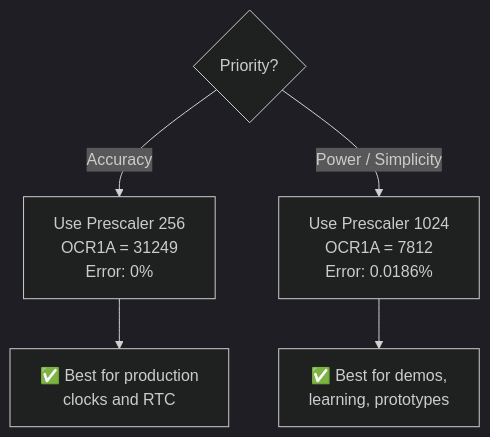
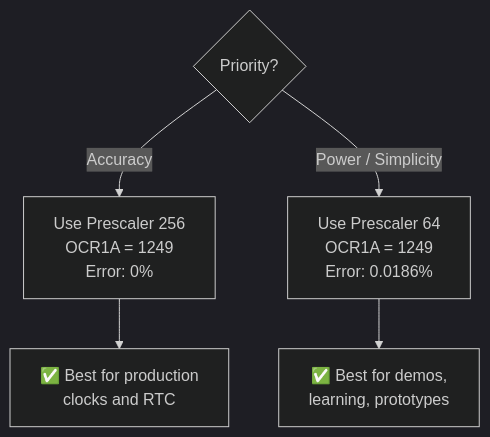
The second of 2 diagrams in documentation/compare_match_calculation.md (chikotaraufu-netizen/ATmega32_Timer_Digital_Clock_Scheduler-), drawn with Mermaid (dark theme) before and after one commit. The commit also changed other lines of this file and 7 other files, not shown here.

````diff
--- a/documentation/compare_match_calculation.md
+++ b/documentation/compare_match_calculation.md
@@ -271,7 +271,7 @@
 ```mermaid
 graph TD
-    A{"Priority?"} -->|Accuracy| B["Use Prescaler 256<br/>OCR1A = 31249<br/>Error: 0%"]
-    A -->|"Power / Simplicity"| C["Use Prescaler 1024<br/>OCR1A = 7812<br/>Error: 0.0186%"]
+    A{"Priority?"} -->|Accuracy| B["Use Prescaler 256<br/>OCR1A = 1249<br/>Error: 0%"]
+    A -->|"Power / Simplicity"| C["Use Prescaler 64<br/>OCR1A = 1249<br/>Error: 0.0186%"]
     B --> D["✅ Best for production<br/>clocks and RTC"]
     C --> E["✅ Best for demos,<br/>learning, prototypes"]
 ```
````
